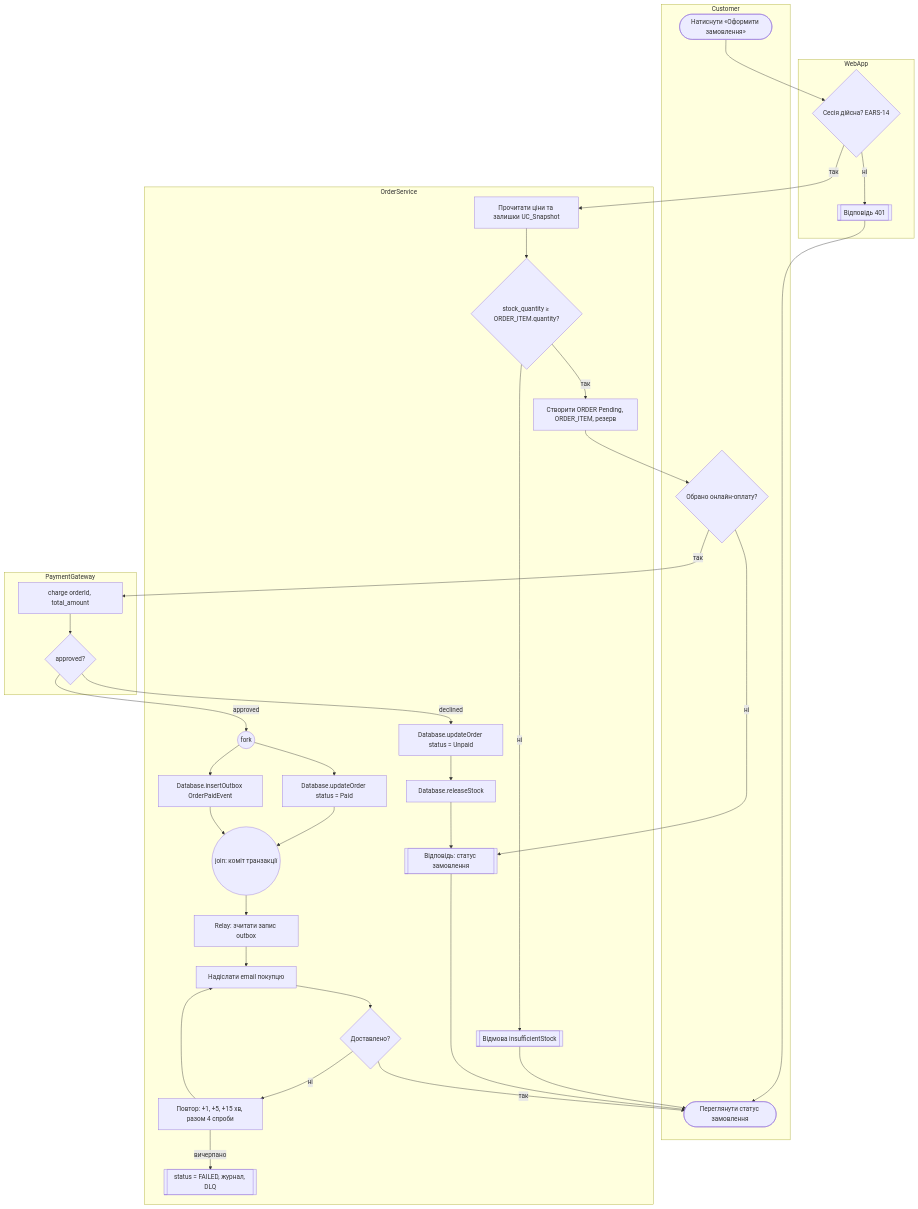
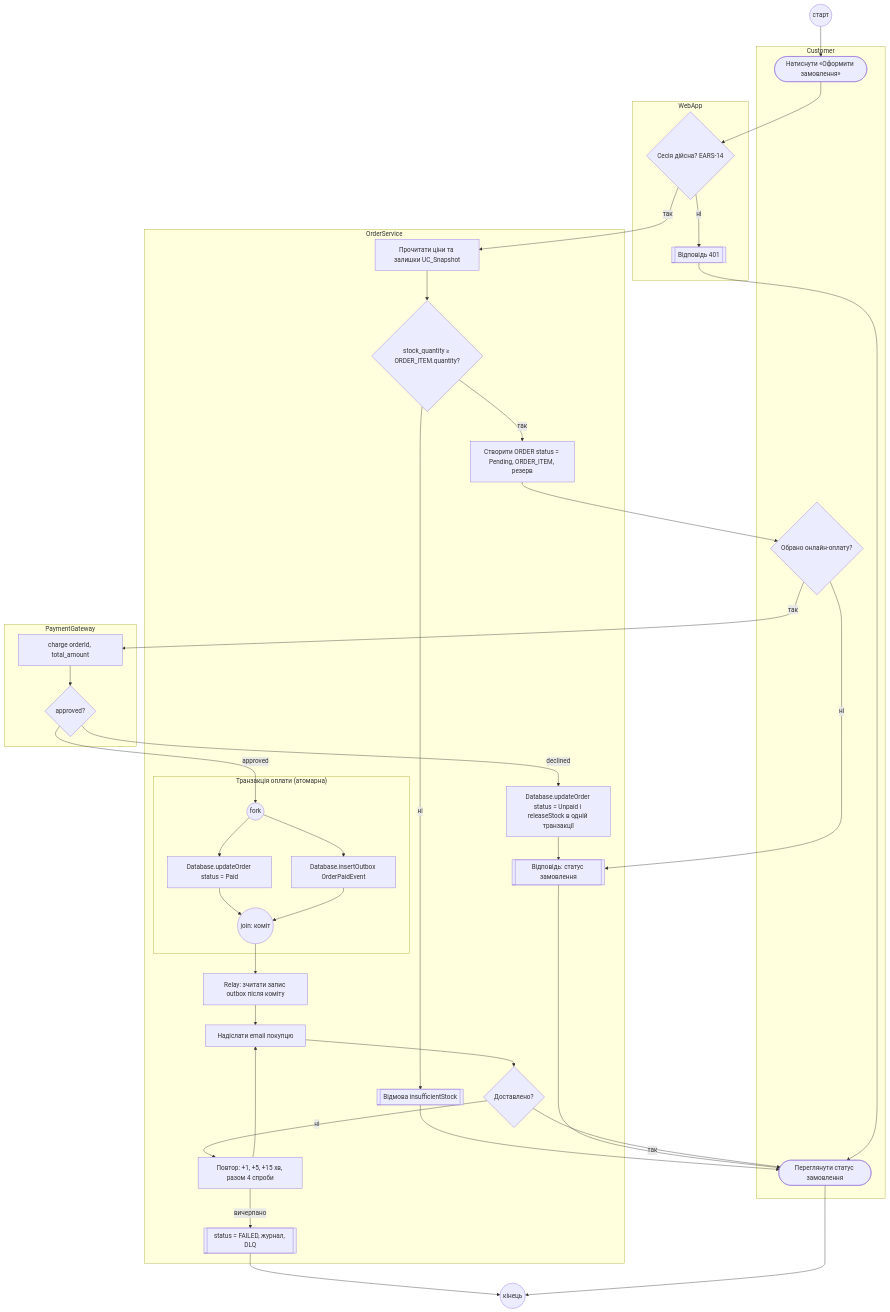
One commit to Stefect/Modeling-and-Analysis-of-Software-Requirements changed the diagram in task-4/activity.md. Above: the diagram before and after it, drawn with Mermaid. The commit also changed other lines of this file and 2 other files, not shown here.

Commit message:
task-4: діаграма з початком/кінцем і межею транзакції; ADR 0014 (структура MADR, Decision Drivers, поля варіантів); журнал промптів з дослівними промптами студента

````diff
--- a/task-4/activity.md
+++ b/task-4/activity.md
@@ -6,53 +7,59 @@
 ```mermaid
 flowchart TB
+    START((старт))
+
     subgraph CUST["Customer"]
         C1([Натиснути «Оформити замовлення»])
         C2{Обрано онлайн-оплату?}
         C3([Переглянути статус замовлення])
     end
 
     subgraph WEB["WebApp"]
         W1{Сесія дійсна? EARS-14}
         W2[[Відповідь 401]]
     end
 
     subgraph ORD["OrderService"]
         O1[Прочитати ціни та залишки UC_Snapshot]
         O2{stock_quantity ≥ ORDER_ITEM.quantity?}
         O3[[Відмова insufficientStock]]
-        O4[Створити ORDER Pending, ORDER_ITEM, резерв]
-        O5(( fork ))
-        O6[Database.updateOrder status = Paid]
-        O7[Database.insertOutbox OrderPaidEvent]
-        O8(( join: коміт транзакції ))
-        O9[Database.updateOrder status = Unpaid]
-        O10[Database.releaseStock]
+        O4[Створити ORDER status = Pending, ORDER_ITEM, резерв]
+        subgraph TX["Транзакція оплати (атомарна)"]
+            O5(( fork ))
+            O6[Database.updateOrder status = Paid]
+            O7[Database.insertOutbox OrderPaidEvent]
+            O8(( join: коміт ))
+        end
+        O9[Database.updateOrder status = Unpaid і releaseStock в одній транзакції]
         O11[[Відповідь: статус замовлення]]
-        R1[Relay: зчитати запис outbox]
+        R1[Relay: зчитати запис outbox після коміту]
         R2[Надіслати email покупцю]
         R3{Доставлено?}
         R4[Повтор: +1, +5, +15 хв, разом 4 спроби]
         R5[[status = FAILED, журнал, DLQ]]
     end
 
     subgraph PAY["PaymentGateway"]
         P1[charge orderId, total_amount]
         P2{approved?}
     end
 
-    C1 --> W1
+    STOP((кінець))
+
+    START --> C1 --> W1
     W1 -- ні --> W2 --> C3
     W1 -- так --> O1 --> O2
     O2 -- ні --> O3 --> C3
     O2 -- так --> O4 --> C2
     C2 -- ні --> O11 --> C3
     C2 -- так --> P1 --> P2
     P2 -- approved --> O5
     O5 --> O6 --> O8
     O5 --> O7 --> O8
     O8 --> R1 --> R2 --> R3
     R3 -- так --> C3
     R3 -- ні --> R4 --> R2
-    R4 -- вичерпано --> R5
-    P2 -- declined --> O9 --> O10 --> O11
+    R4 -- вичерпано --> R5 --> STOP
+    P2 -- declined --> O9 --> O11
+    C3 --> STOP
 ```
````
